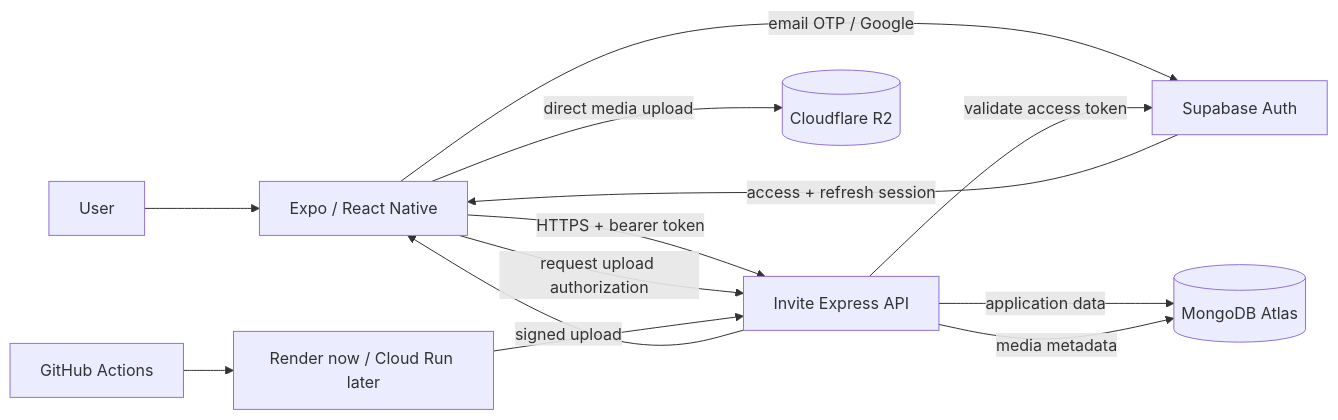
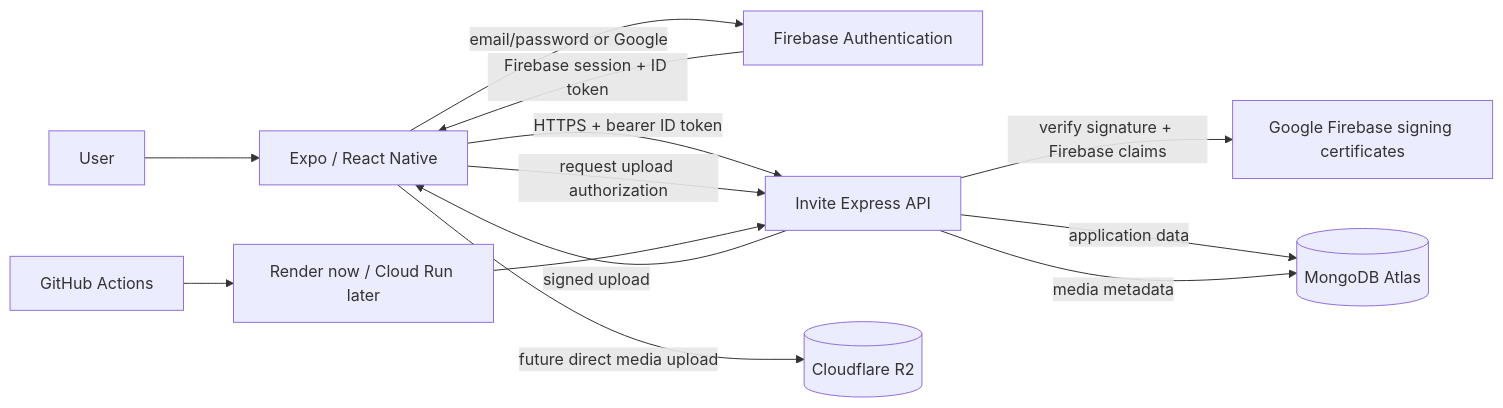
The first of 2 diagrams in docs/ARCHITECTURE.md (charifmahmoudi/Invite-someone-app), drawn with Mermaid before and after one commit. The commit also changed other lines of this file, not shown here.

Commit message:
docs: update architecture for Firebase Auth

````diff
--- a/docs/ARCHITECTURE.md
+++ b/docs/ARCHITECTURE.md
@@ -31,15 +31,15 @@
 ```mermaid
 flowchart LR
   User[User] --> App[Expo / React Native]
-  App -->|email OTP / Google| Auth[Supabase Auth]
-  Auth -->|access + refresh session| App
-  App -->|HTTPS + bearer token| API[Invite Express API]
-  API -->|validate access token| Auth
+  App -->|email/password or Google| Auth[Firebase Authentication]
+  Auth -->|Firebase session + ID token| App
+  App -->|HTTPS + bearer ID token| API[Invite Express API]
+  API -->|verify signature + Firebase claims| Keys[Google Firebase signing certificates]
   API -->|application data| Mongo[(MongoDB Atlas)]
   App -->|request upload authorization| API
   API -->|signed upload| App
-  App -->|direct media upload| R2[(Cloudflare R2)]
+  App -->|future direct media upload| R2[(Cloudflare R2)]
   API -->|media metadata| Mongo
   GitHub[GitHub Actions] --> Host[Render now / Cloud Run later]
   Host --> API
 ```
````
